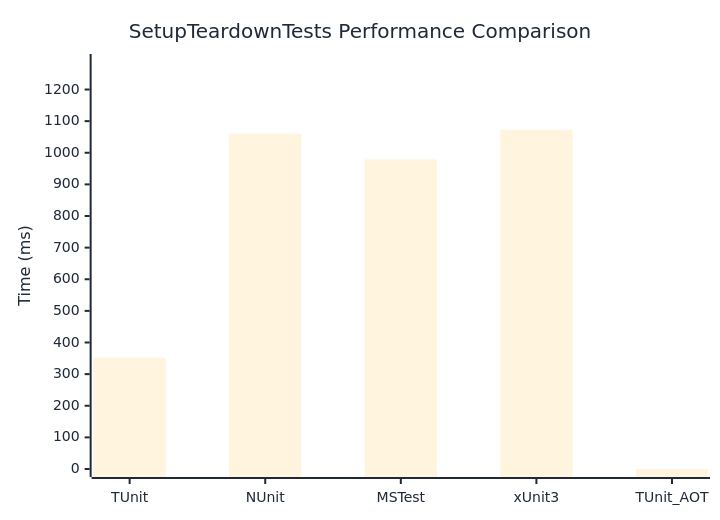
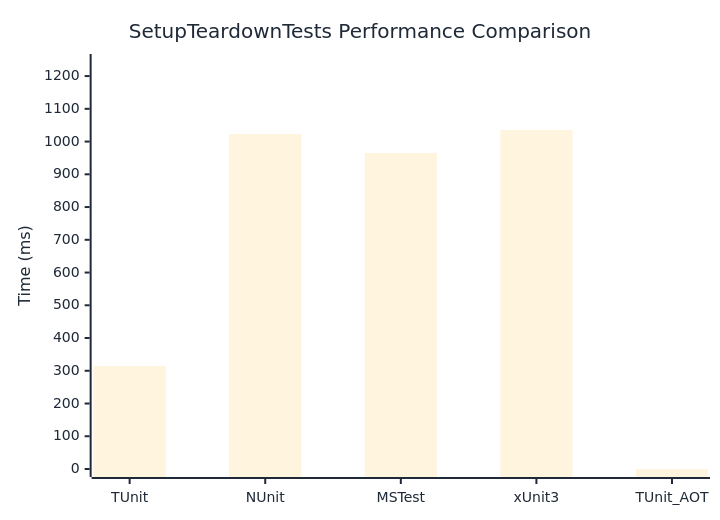
The diagram in docs/docs/benchmarks/SetupTeardownTests.md (thomhurst/TUnit), drawn with Mermaid before and after one commit. The commit also changed other lines of this file and 17 other files, not shown here.

````diff
--- a/docs/docs/benchmarks/SetupTeardownTests.md
+++ b/docs/docs/benchmarks/SetupTeardownTests.md
@@ -27,37 +27,37 @@
 ```mermaid
 %%{init: {
   'theme':'base',
   'themeVariables': {
     'primaryColor': '#2563eb',
     'primaryTextColor': '#1f2937',
     'primaryBorderColor': '#1e40af',
     'lineColor': '#6b7280',
     'secondaryColor': '#7c3aed',
     'tertiaryColor': '#dc2626',
     'background': '#ffffff',
     'mainBkg': '#2563eb',
     'secondBkg': '#7c3aed',
     'tertiaryBkg': '#dc2626',
     'clusterBkg': '#f3f4f6',
     'edgeLabelBackground': '#ffffff',
     'tertiaryTextColor': '#1f2937',
     'pie1': '#2563eb',
     'pie2': '#7c3aed',
     'pie3': '#dc2626',
     'pie4': '#f59e0b',
     'pie5': '#10b981',
     'pie6': '#06b6d4',
     'pie7': '#ec4899',
     'pie8': '#6366f1',
     'pie9': '#84cc16',
     'pie10': '#f97316',
     'pie11': '#14b8a6',
     'pie12': '#a855f7'
   }
 }}%%
 xychart-beta
   title "SetupTeardownTests Performance Comparison"
   x-axis ["TUnit", "NUnit", "MSTest", "xUnit3", "TUnit_AOT"]
-  y-axis "Time (ms)" 0 --> 1287
-  bar [351.3, 1059.6, 978.8, 1072.5, 0]
+  y-axis "Time (ms)" 0 --> 1243
+  bar [314.5, 1022.9, 965.1, 1035.2, 0]
 ```
````
